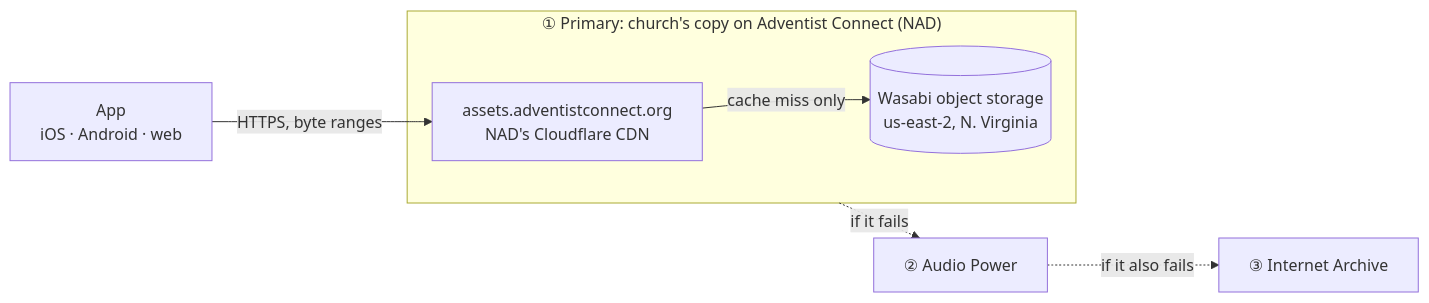
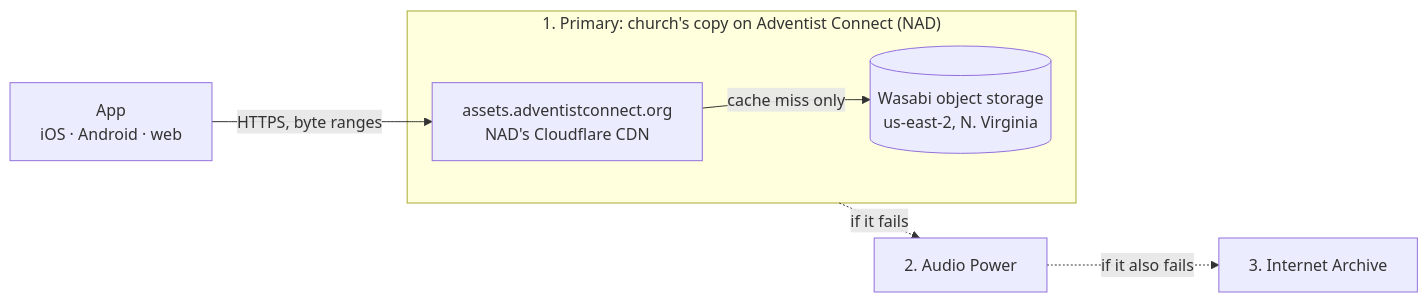
The diagram in docs/operations/adventist-connect-media.md (New-York-Chinese-Seventh-day-Adventist/sda-church-app), drawn with Mermaid before and after one commit. The commit also changed other lines of this file and 7 other files, not shown here.

````diff
--- a/docs/operations/adventist-connect-media.md
+++ b/docs/operations/adventist-connect-media.md
@@ -45,9 +45,9 @@
 ```mermaid
 flowchart LR
   app[App<br/>iOS · Android · web] -- HTTPS, byte ranges --> cdn
-  subgraph primary["① Primary: church's copy on Adventist Connect (NAD)"]
+  subgraph primary["1. Primary: church's copy on Adventist Connect (NAD)"]
     cdn[assets.adventistconnect.org<br/>NAD's Cloudflare CDN] -- cache miss only --> wasabi[(Wasabi object storage<br/>us-east-2, N. Virginia)]
   end
-  primary -. "if it fails" .-> ap["② Audio Power"]
-  ap -. "if it also fails" .-> ia["③ Internet Archive"]
+  primary -. "if it fails" .-> ap["2. Audio Power"]
+  ap -. "if it also fails" .-> ia["3. Internet Archive"]
 ```
````
